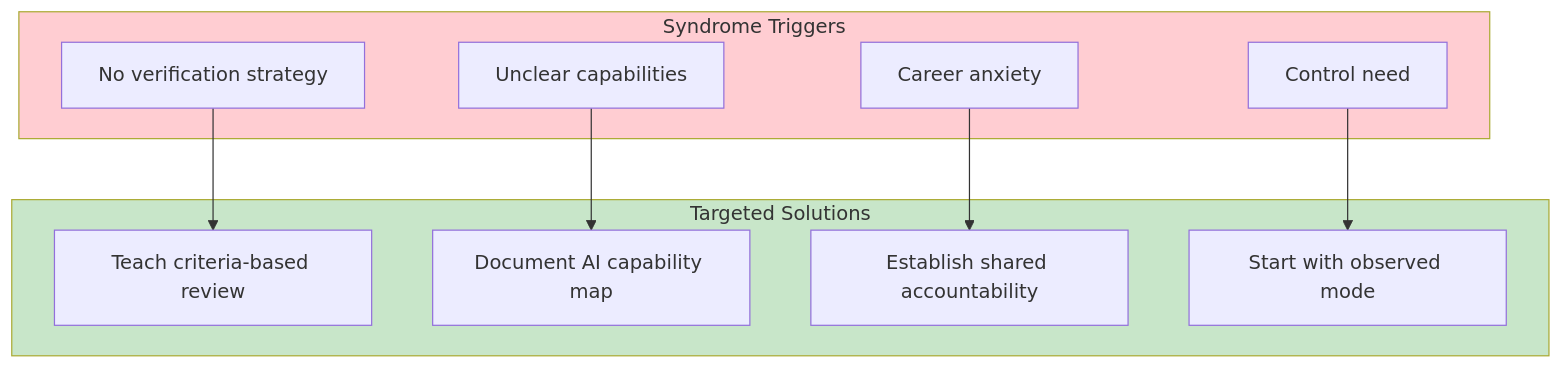
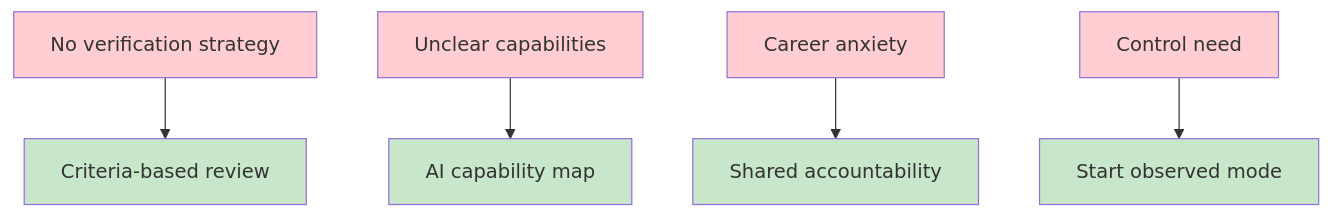
The fourth of 6 diagrams in website/content/papers/ai-dlc-2026/runbooks/adoption/building-trust.md (TheBushidoCollective/han), drawn with Mermaid before and after one commit. The commit also changed other lines of this file, not shown here.

First line of the commit message:
fix(website): narrow wide Mermaid diagrams in building-trust runbook

````diff
--- a/website/content/papers/ai-dlc-2026/runbooks/adoption/building-trust.md
+++ b/website/content/papers/ai-dlc-2026/runbooks/adoption/building-trust.md
@@ -133,24 +123,16 @@
 ```mermaid
 flowchart TB
-    subgraph Problem["Syndrome Triggers"]
-        P1[No verification strategy]
-        P2[Unclear capabilities]
-        P3[Career anxiety]
-        P4[Control need]
-    end
+    P1[No verification strategy] --> S1[Criteria-based review]
+    P2[Unclear capabilities] --> S2[AI capability map]
+    P3[Career anxiety] --> S3[Shared accountability]
+    P4[Control need] --> S4[Start observed mode]
 
-    subgraph Solution["Targeted Solutions"]
-        S1[Teach criteria-based review]
-        S2[Document AI capability map]
-        S3[Establish shared accountability]
-        S4[Start with observed mode]
-    end
-
-    P1 --> S1
-    P2 --> S2
-    P3 --> S3
-    P4 --> S4
-
-    style Problem fill:#ffcdd2
-    style Solution fill:#c8e6c9
+    style P1 fill:#ffcdd2
+    style P2 fill:#ffcdd2
+    style P3 fill:#ffcdd2
+    style P4 fill:#ffcdd2
+    style S1 fill:#c8e6c9
+    style S2 fill:#c8e6c9
+    style S3 fill:#c8e6c9
+    style S4 fill:#c8e6c9
 ```
````
